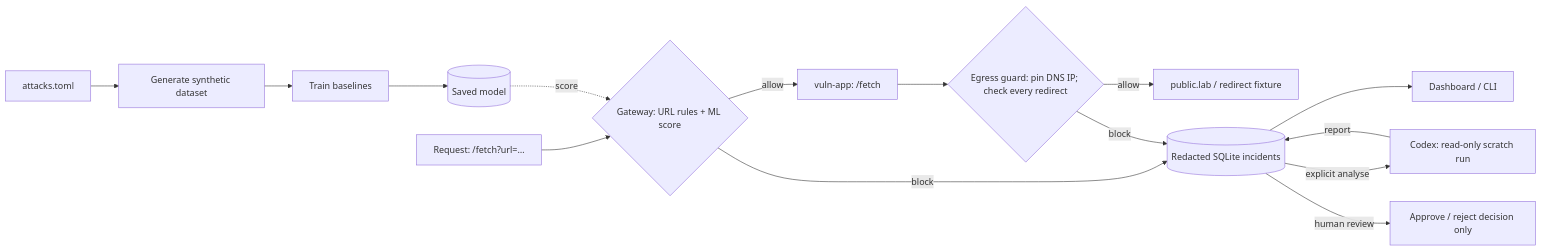
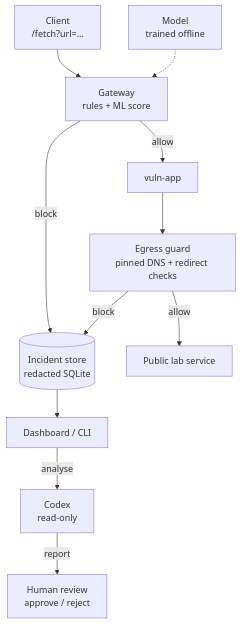
The diagram in README.md (blastre/ml-web-security-gateway), drawn with Mermaid before and after one commit.

Commit message:
Docs: top-down architecture diagram

````diff
--- a/README.md
+++ b/README.md
@@ -10,15 +10,13 @@
 ```mermaid
-flowchart LR
-  C["attacks.toml"] --> D["Generate synthetic dataset"] --> T["Train baselines"] --> M[(Saved model)]
-  U["Request: /fetch?url=…"] --> G{"Gateway: URL rules + ML score"}
-  M -. score .-> G
-  G -- allow --> A["vuln-app: /fetch"]
-  A --> E{"Egress guard: pin DNS IP; check every redirect"}
-  E -- allow --> P["public.lab / redirect fixture"]
-  G -- block --> I[(Redacted SQLite incidents)]
-  E -- block --> I
-  I --> V["Dashboard / CLI"]
-  I -- explicit analyse --> X["Codex: read-only scratch run"]
-  X -- report --> I
-  I -- human review --> H["Approve / reject decision only"]
+flowchart TD
+  U["Client<br/>/fetch?url=..."] --> G["Gateway<br/>rules + ML score"]
+  M["Model<br/>trained offline"] -.-> G
+  G -->|allow| A["vuln-app"]
+  G -->|block| I[("Incident store<br/>redacted SQLite")]
+  A --> E["Egress guard<br/>pinned DNS + redirect checks"]
+  E -->|allow| P["Public lab service"]
+  E -->|block| I
+  I --> D["Dashboard / CLI"]
+  D -->|analyse| X["Codex<br/>read-only"]
+  X -->|report| H["Human review<br/>approve / reject"]
 ```
````
